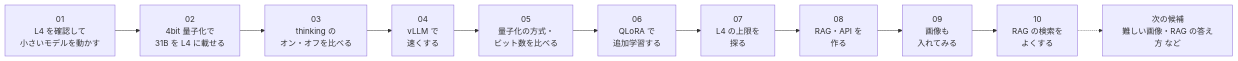
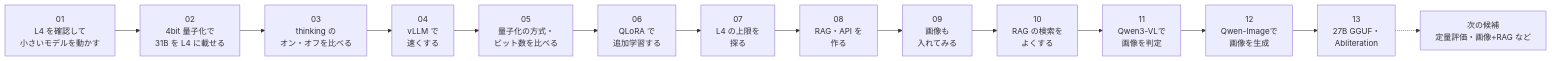
Before and after one commit to moruku36/colab-oss-lab: the diagram in README.md, drawn with Mermaid. The commit also changed other lines of this file and 6 other files, not shown here.

Commit message:
Add Qwen image and abliteration notebooks with documentation

````diff
--- a/README.md
+++ b/README.md
@@ -35,13 +36,16 @@
 ```mermaid
 flowchart LR
     E01["01<br/>L4 を確認して<br/>小さいモデルを動かす"] --> E02["02<br/>4bit 量子化で<br/>31B を L4 に載せる"]
     E02 --> E03["03<br/>thinking の<br/>オン・オフを比べる"]
     E03 --> E04["04<br/>vLLM で<br/>速くする"]
     E04 --> E05["05<br/>量子化の方式・<br/>ビット数を比べる"]
     E05 --> E06["06<br/>QLoRA で<br/>追加学習する"]
     E06 --> E07["07<br/>L4 の上限を<br/>探る"]
     E07 --> E08["08<br/>RAG・API を<br/>作る"]
     E08 --> E09["09<br/>画像も<br/>入れてみる"]
     E09 --> E10["10<br/>RAG の検索を<br/>よくする"]
-    E10 -.-> NEXT["次の候補<br/>難しい画像・RAG の答え方 など"]
+    E10 --> E11["11<br/>Qwen3-VLで<br/>画像を判定"]
+    E11 --> E12["12<br/>Qwen-Imageで<br/>画像を生成"]
+    E12 --> E13["13<br/>27B GGUF・<br/>Abliteration"]
+    E13 -.-> NEXT["次の候補<br/>定量評価・画像+RAG など"]
 ```
````
